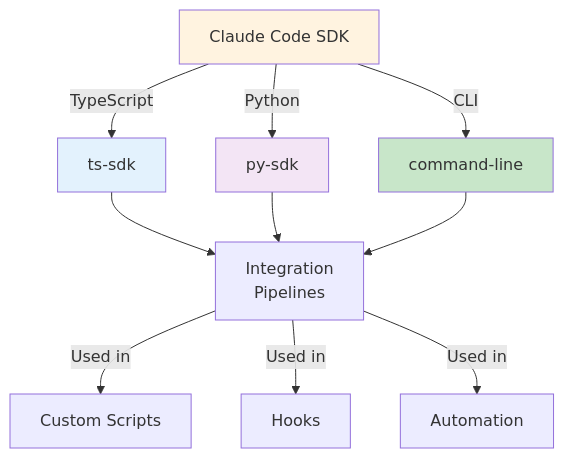
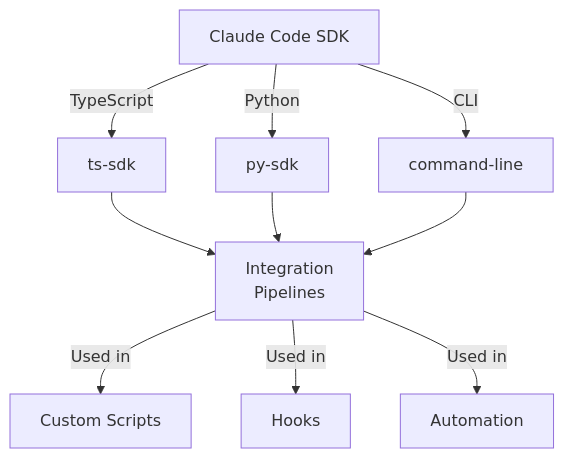
Before and after one commit to CagriCatik/claude-ollama-coder: diagram 14 of 16 in docs/01_Claude-Code-in-Action.md, drawn with Mermaid. The commit also changed other lines of this file and 16 other files, not shown here.

````diff
--- a/docs/01_Claude-Code-in-Action.md
+++ b/docs/01_Claude-Code-in-Action.md
@@ -763,19 +731,15 @@
 ```mermaid
 graph TB
     A["Claude Code SDK"] -->|TypeScript| B["ts-sdk"]
     A -->|Python| C["py-sdk"]
     A -->|CLI| D["command-line"]
     
     B --> E["Integration<br/>Pipelines"]
     C --> E
     D --> E
     
     E -->|Used in| F["Custom Scripts"]
     E -->|Used in| G["Hooks"]
     E -->|Used in| H["Automation"]
     
-    style A fill:#fff3e0
-    style B fill:#e3f2fd
-    style C fill:#f3e5f5
-    style D fill:#c8e6c9
 ```
````
